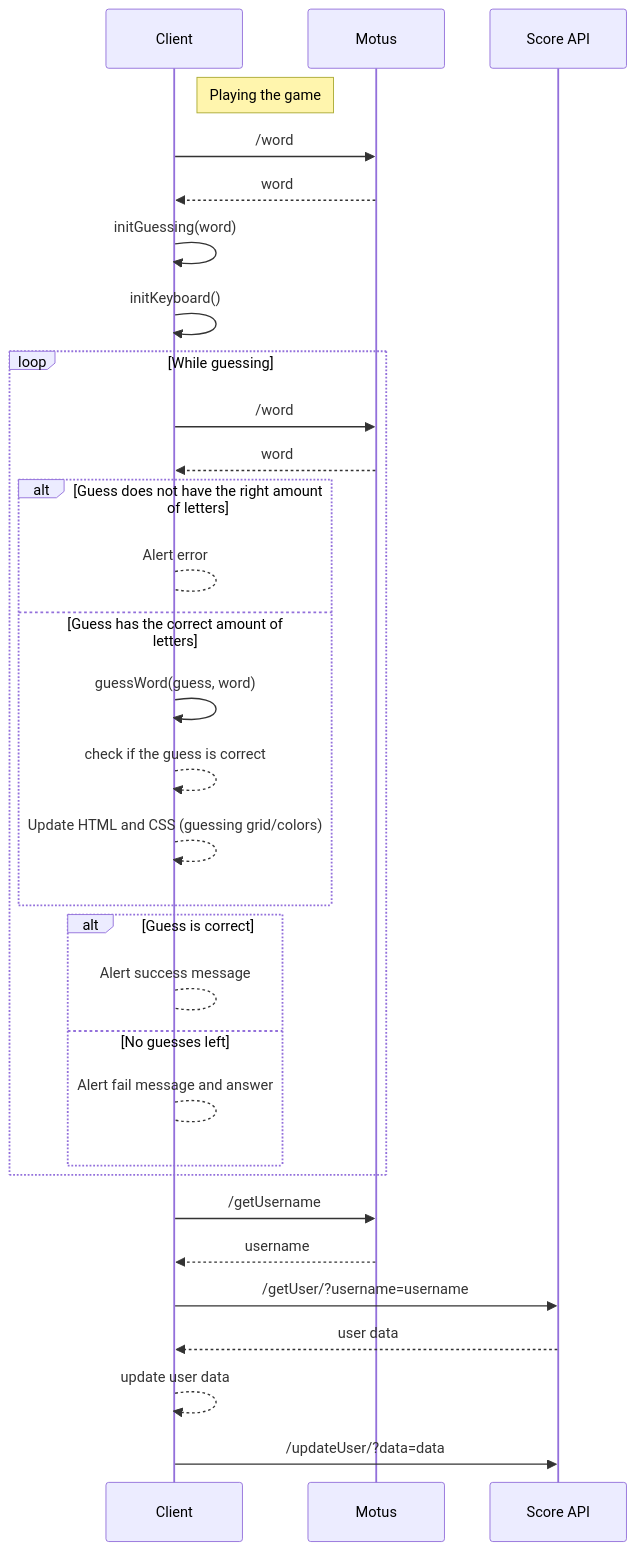
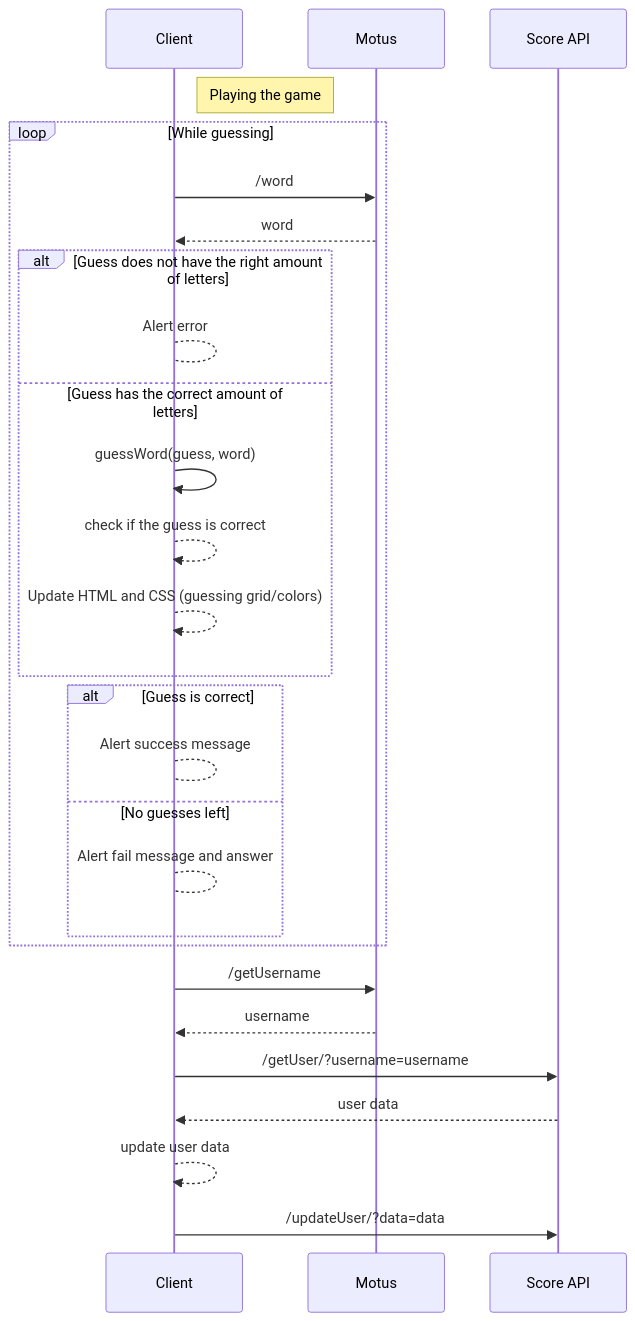
The second of 3 diagrams in README.md (laurendudu/microservices-project), drawn with Mermaid before and after one commit. The commit also changed other lines of this file, not shown here.

````diff
--- a/README.md
+++ b/README.md
@@ -72,33 +93,29 @@
 ```mermaid
 sequenceDiagram
     note right of Client: Playing the game
-    Client ->> Motus: /word
-    Motus -->> Client: word
-    Client ->> Client: initGuessing(word)
-    Client ->> Client: initKeyboard()
 
     loop While guessing
         Client ->> Motus: /word
         Motus -->> Client: word
         alt Guess does not have the right amount of letters
             Client --> Client: Alert error
         else Guess has the correct amount of letters
             Client ->> Client: guessWord(guess, word)
             Client -->> Client: check if the guess is correct
             Client -->> Client: Update HTML and CSS (guessing grid/colors)
         end 
 
         alt Guess is correct
             Client --> Client: Alert success message
         else No guesses left
             Client --> Client: Alert fail message and answer
         end
     end
 
     Client ->> Motus: /getUsername
     Motus -->> Client: username
     Client ->> Score API: /getUser/?username=username
     Score API -->> Client: user data
     Client -->> Client: update user data
     Client ->> Score API: /updateUser/?data=data
 ```
````
